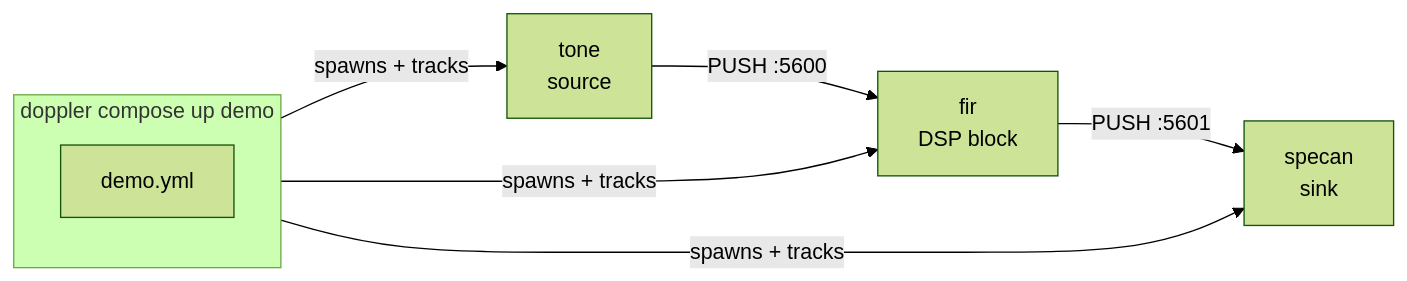
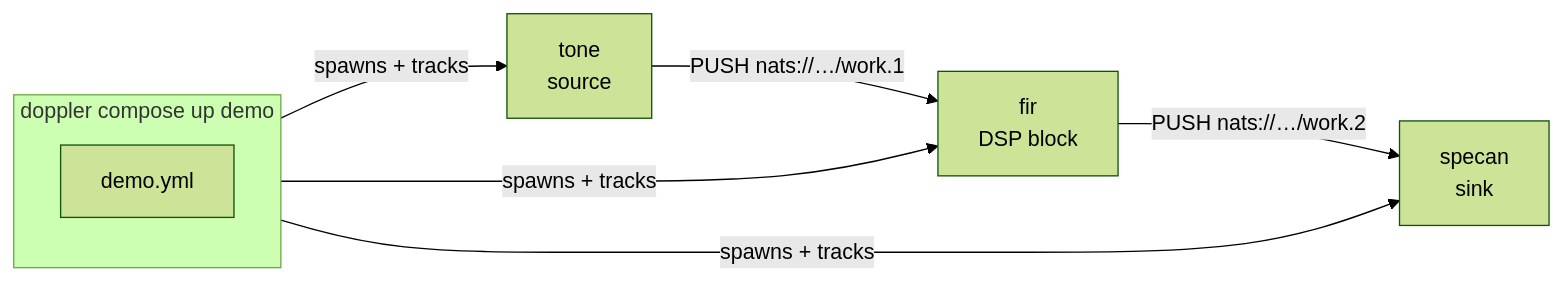
One commit to doppler-dsp/doppler changed the diagram in docs/architecture.md. Above: the diagram before and after it, drawn with Mermaid (forest theme). The commit also changed other lines of this file and 1119 other files, not shown here.

````diff
--- a/docs/architecture.md
+++ b/docs/architecture.md
@@ -106,14 +111,14 @@
 ```mermaid
 flowchart LR
     subgraph compose ["doppler compose up demo"]
         CFG["demo.yml"]
     end
 
     TONE["tone\nsource"]
     FIR["fir\nDSP block"]
     SPECAN["specan\nsink"]
 
     compose -- "spawns + tracks" --> TONE & FIR & SPECAN
-    TONE -- "PUSH :5600" --> FIR
-    FIR  -- "PUSH :5601" --> SPECAN
+    TONE -- "PUSH nats://…/work.1" --> FIR
+    FIR  -- "PUSH nats://…/work.2" --> SPECAN
 ```
````
